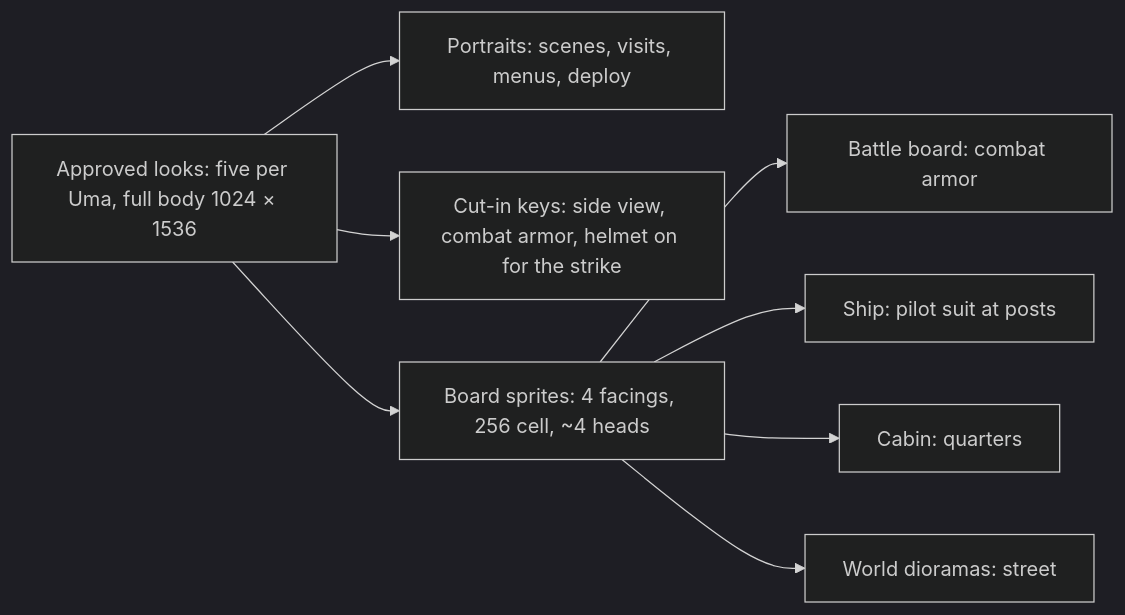
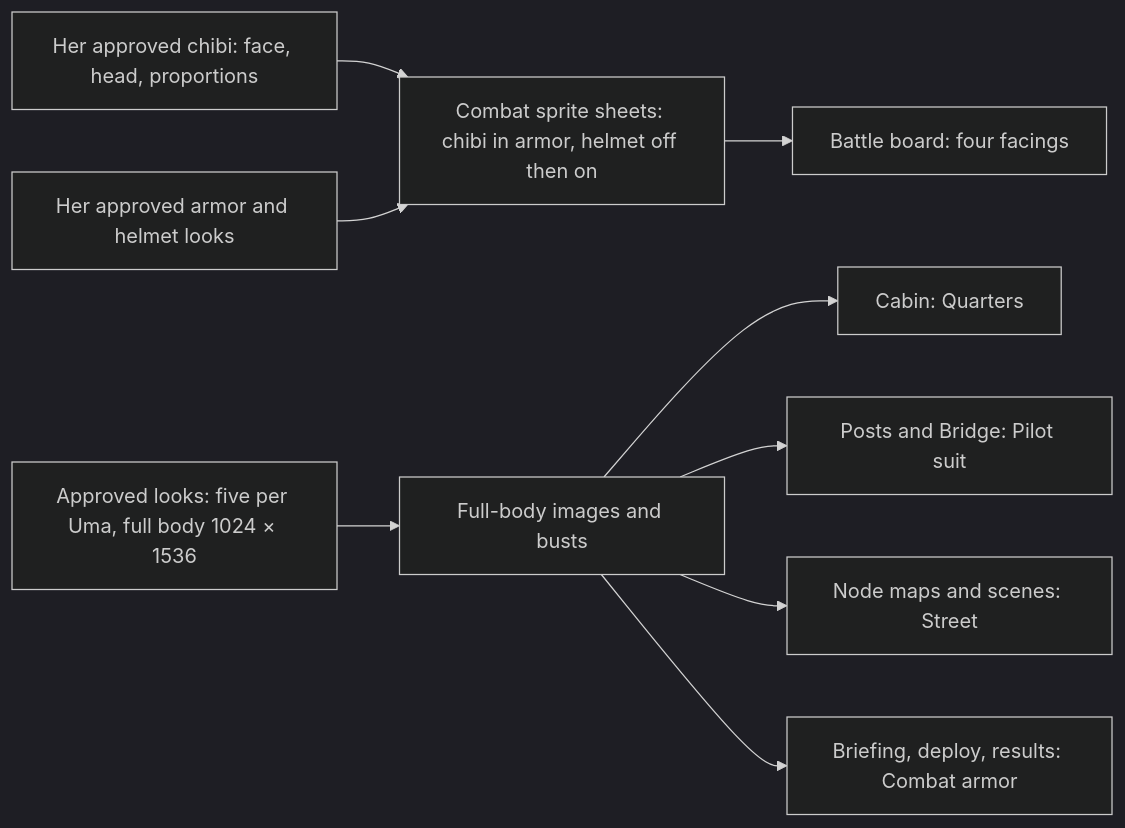
The diagram in docs/design/character-sprites.md (luismlorenzana/uma-cyberpunk), drawn with Mermaid (dark theme) before and after one commit. The commit also changed other lines of this file and 11 other files, not shown here.

First line of the commit message:
docs(design): combat sprites only, as chibis; an image-only request for ChatGPT (D24)

````diff
--- a/docs/design/character-sprites.md
+++ b/docs/design/character-sprites.md
@@ -37,10 +36,11 @@
 ```mermaid
 flowchart LR
-  looks[Approved looks: five per Uma, full body 1024 × 1536] --> portraits[Portraits: scenes, visits, menus, deploy]
-  looks --> keys[Cut-in keys: side view, combat armor, helmet on for the strike]
-  looks --> sprites[Board sprites: 4 facings, 256 cell, ~4 heads]
-  sprites --> board[Battle board: combat armor]
-  sprites --> ship[Ship: pilot suit at posts]
-  sprites --> cabin[Cabin: quarters]
-  sprites --> world[World dioramas: street]
+  chibi[Her approved chibi: face, head, proportions] --> sheets[Combat sprite sheets: chibi in armor, helmet off then on]
+  armor[Her approved armor and helmet looks] --> sheets
+  sheets --> board[Battle board: four facings]
+  looks[Approved looks: five per Uma, full body 1024 × 1536] --> portraits[Full-body images and busts]
+  portraits --> cabin[Cabin: Quarters]
+  portraits --> post[Posts and Bridge: Pilot suit]
+  portraits --> world[Node maps and scenes: Street]
+  portraits --> battle[Briefing, deploy, results: Combat armor]
 ```
````
